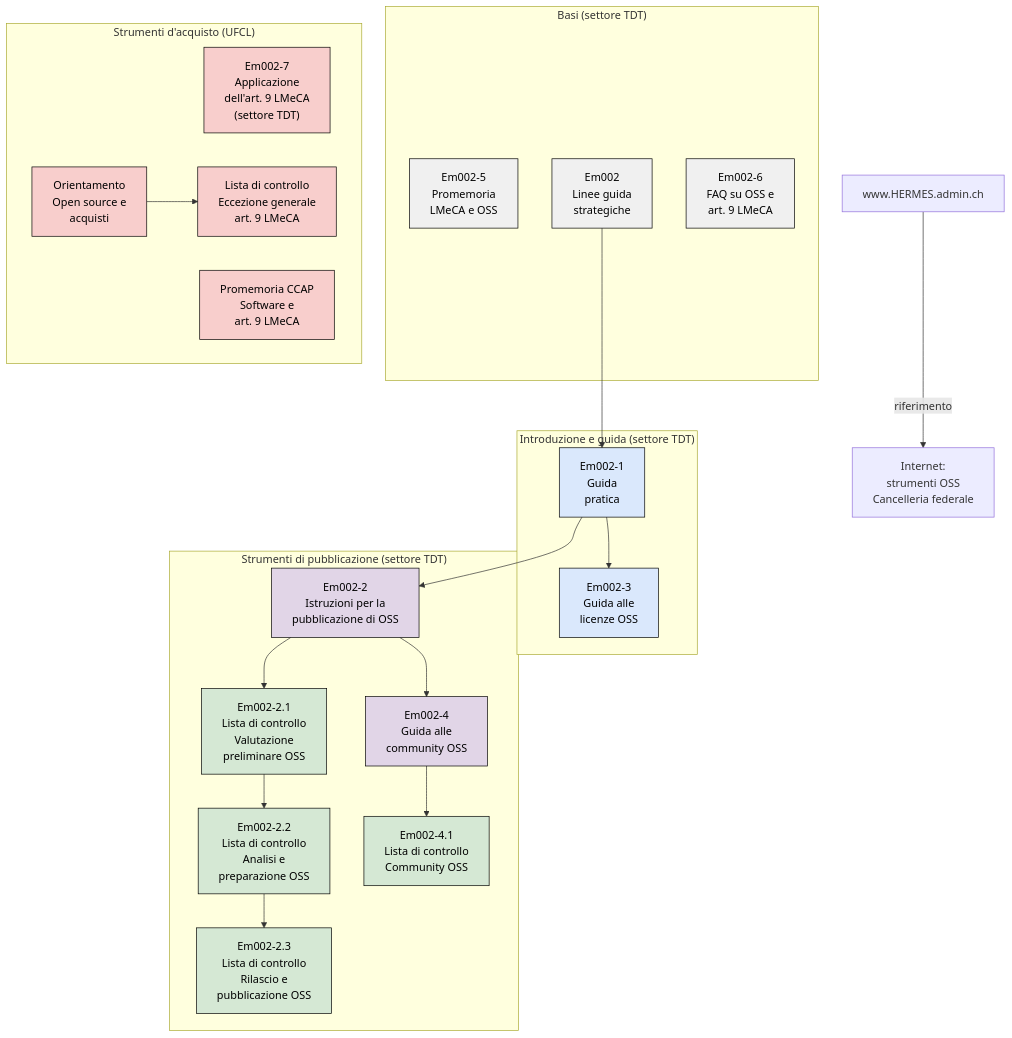
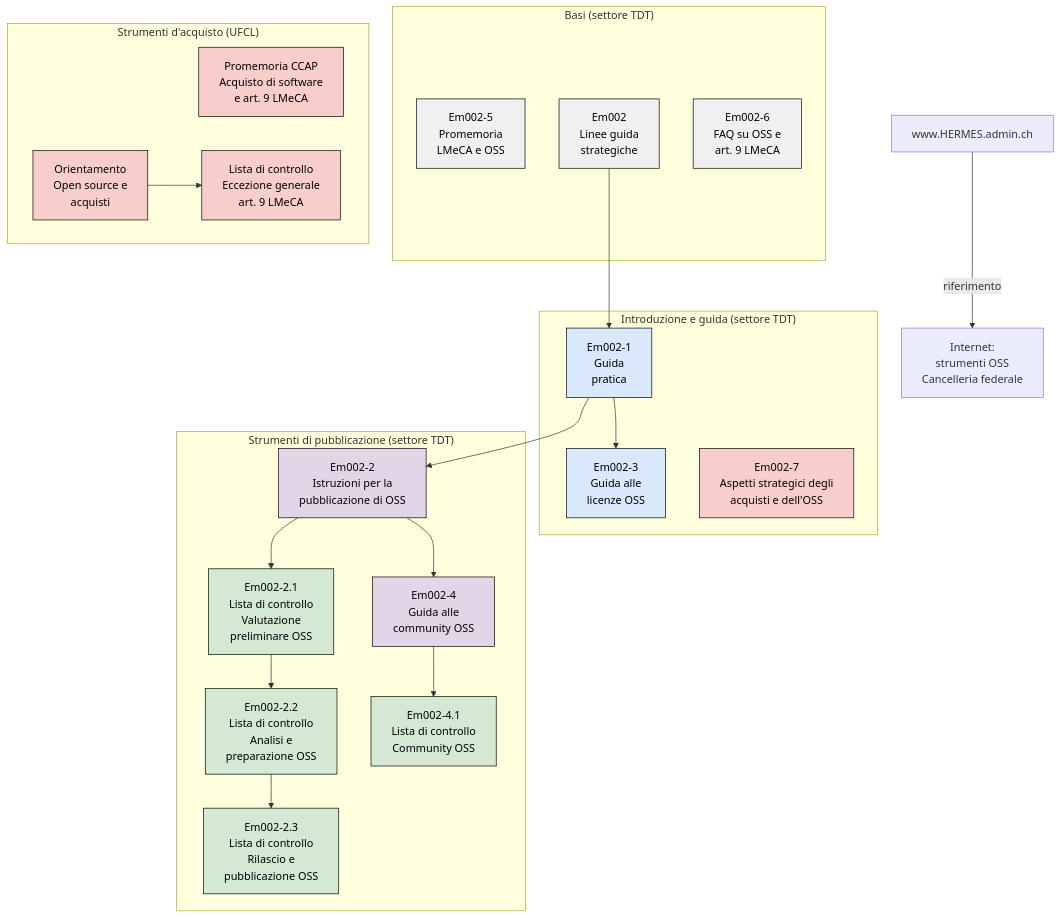
The diagram in docs/partials/document-map.it.adoc (736-c41-2c1-e464fc974/opensource-guidelines), drawn with Mermaid before and after one commit. The commit also changed 4 other files, not shown here.

```diff
--- a/docs/partials/document-map.it.adoc
+++ b/docs/partials/document-map.it.adoc
@@ -2,55 +2,55 @@
 [mermaid,align="center",alt="Panoramica degli strumenti OSS in relazione all'art. 9 LMeCA"]
 ....
 flowchart TD
     subgraph FUND["Basi (settore TDT)"]
         EM0025["Em002-5<br/>Promemoria<br/>LMeCA e OSS"]
         EM002["Em002<br/>Linee guida<br/>strategiche"]
         EM0026["Em002-6<br/>FAQ su OSS e<br/>art. 9 LMeCA"]
     end
 
     subgraph INTRO["Introduzione e guida (settore TDT)"]
         EM0021["Em002-1<br/>Guida<br/>pratica"]
         EM0023["Em002-3<br/>Guida alle<br/>licenze OSS"]
+        EM0027["Em002-7<br/>Aspetti strategici degli<br/>acquisti e dell'OSS"]
     end
 
     subgraph PUB["Strumenti di pubblicazione (settore TDT)"]
         EM0022["Em002-2<br/>Istruzioni per la<br/>pubblicazione di OSS"]
         EM0024["Em002-4<br/>Guida alle<br/>community OSS"]
         CL21["Em002-2.1<br/>Lista di controllo<br/>Valutazione<br/>preliminare OSS"]
         CL22["Em002-2.2<br/>Lista di controllo<br/>Analisi e<br/>preparazione OSS"]
         CL23["Em002-2.3<br/>Lista di controllo<br/>Rilascio e<br/>pubblicazione OSS"]
         CL41["Em002-4.1<br/>Lista di controllo<br/>Community OSS"]
     end
 
     subgraph PROC["Strumenti d'acquisto (UFCL)"]
-        EM0027["Em002-7<br/>Applicazione<br/>dell'art. 9 LMeCA<br/>(settore TDT)"]
-        KBB["Promemoria CCAP<br/>Software e<br/>art. 9 LMeCA"]
+        KBB["Promemoria CCAP<br/>Acquisto di software<br/>e art. 9 LMeCA"]
         ORI["Orientamento<br/>Open source e<br/>acquisti"]
         CLEX["Lista di controllo<br/>Eccezione generale<br/>art. 9 LMeCA"]
     end
 
     HERMES["www.HERMES.admin.ch"]
     FCHOSS["Internet:<br/>strumenti OSS<br/>Cancelleria federale"]
 
     EM002 --> EM0021
     EM0021 --> EM0023
     EM0021 --> EM0022
     EM0022 --> EM0024
     EM0022 --> CL21
     CL21 --> CL22
     CL22 --> CL23
     EM0024 --> CL41
     ORI --> CLEX
     HERMES -->|"riferimento"| FCHOSS
 
     classDef fund fill:#f0f0f0,stroke:#000000,color:#000000
     classDef intro fill:#dae8fc,stroke:#000000,color:#000000
     classDef pub fill:#e1d5e7,stroke:#000000,color:#000000
     classDef check fill:#d5e8d4,stroke:#000000,color:#000000
     classDef proc fill:#f8cecc,stroke:#000000,color:#000000
     class EM002,EM0025,EM0026 fund
     class EM0021,EM0023 intro
     class EM0022,EM0024 pub
     class CL21,CL22,CL23,CL41 check
     class EM0027,KBB,ORI,CLEX proc
 ....
```
